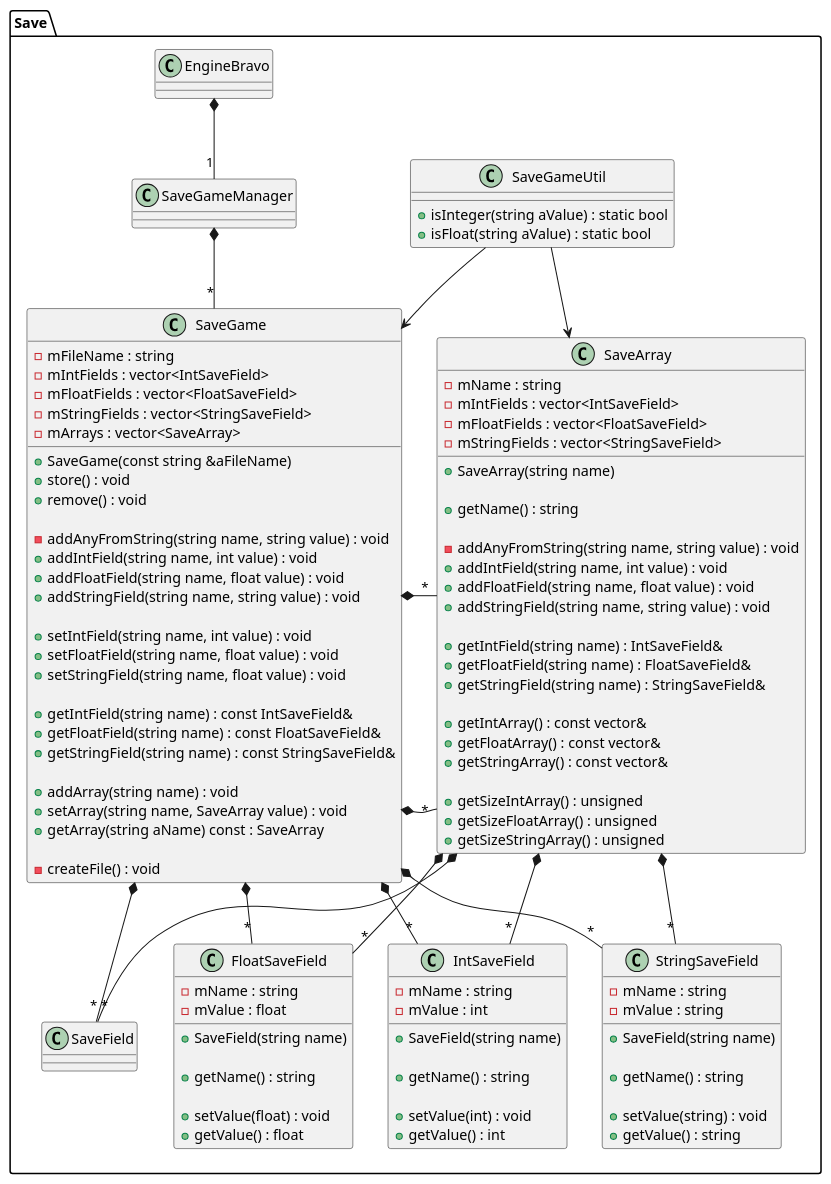
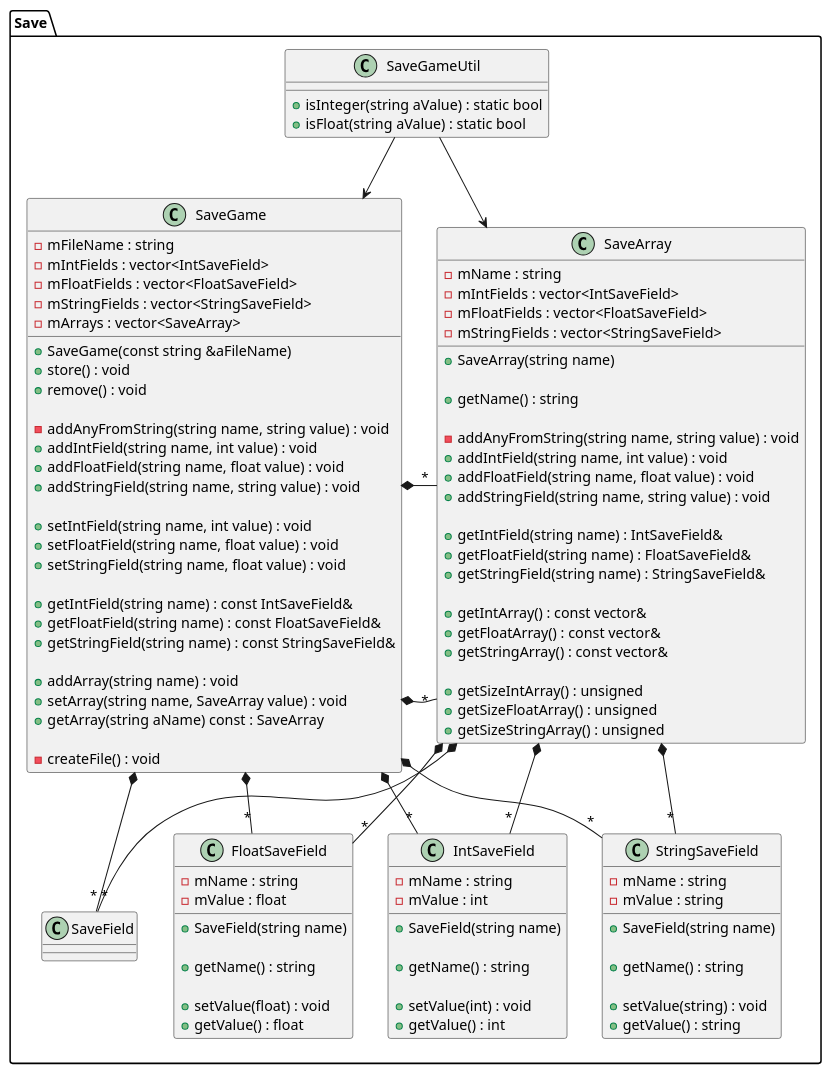
One commit to Seger01/GameEngine changed the diagram in docs/Diagrams/savegamePackage.puml. Above: the diagram before and after it, drawn with PlantUML.

Commit message:
Removed engine bravo and savegame manager from savegame package

```diff
--- a/docs/Diagrams/savegamePackage.puml
+++ b/docs/Diagrams/savegamePackage.puml
@@ -1,127 +1,122 @@
 @startuml savePackageClassDiagram
 
 package Save{
 class SaveGame {
 -mFileName : string
     - mIntFields : vector<IntSaveField>
     - mFloatFields : vector<FloatSaveField>
     - mStringFields : vector<StringSaveField>
     - mArrays : vector<SaveArray>
     + SaveGame(const string &aFileName)
     + store() : void
     + remove() : void
 
     - addAnyFromString(string name, string value) : void
     + addIntField(string name, int value) : void
     + addFloatField(string name, float value) : void
     + addStringField(string name, string value) : void
 
     + setIntField(string name, int value) : void
     + setFloatField(string name, float value) : void
     + setStringField(string name, float value) : void
 
     + getIntField(string name) : const IntSaveField&
     + getFloatField(string name) : const FloatSaveField&
     + getStringField(string name) : const StringSaveField&
 
     + addArray(string name) : void
     + setArray(string name, SaveArray value) : void
     + getArray(string aName) const : SaveArray
 
     - createFile() : void
 }
 
 class SaveArray {
     - mName : string
     - mIntFields : vector<IntSaveField>
     - mFloatFields : vector<FloatSaveField>
     - mStringFields : vector<StringSaveField>
     + SaveArray(string name)
 
     + getName() : string
 
     - addAnyFromString(string name, string value) : void
     + addIntField(string name, int value) : void
     + addFloatField(string name, float value) : void
     + addStringField(string name, string value) : void
 
     + getIntField(string name) : IntSaveField&
     + getFloatField(string name) : FloatSaveField&
     + getStringField(string name) : StringSaveField&
 
     + getIntArray() : const vector&
     + getFloatArray() : const vector&
     + getStringArray() : const vector&
 
     + getSizeIntArray() : unsigned
     + getSizeFloatArray() : unsigned
     + getSizeStringArray() : unsigned
 }
 
 
 
 class SaveGameUtil {
   + isInteger(string aValue) : static bool
   + isFloat(string aValue) : static bool
 }
 
 together {
 class IntSaveField {
   - mName : string
   - mValue : int
 
   + SaveField(string name)
 
   + getName() : string
 
   + setValue(int) : void
   + getValue() : int
 }
 
 class FloatSaveField {
   - mName : string
   - mValue : float
 
   + SaveField(string name)
 
   + getName() : string
 
   + setValue(float) : void
   + getValue() : float
 }
 
 class StringSaveField {
   - mName : string
   - mValue : string
 
   + SaveField(string name)
 
   + getName() : string
 
   + setValue(string) : void
   + getValue() : string
 }
 }
 
 SaveGame *-- "*" SaveField
 SaveGame *-- "*" SaveArray
 SaveArray *-- "*" SaveField
 
-
-EngineBravo *--"1" SaveGameManager
-
-SaveGameManager *--"*" SaveGame
-
 SaveGame <-left- SaveGameUtil
 SaveGame *--"*" SaveArray
 SaveGame -[hidden]> SaveArray
 SaveGame *--"*" IntSaveField
 SaveGame *--"*" FloatSaveField
 SaveGame *--"*" StringSaveField
 
 SaveArray <-up- SaveGameUtil
 SaveArray *--"*" IntSaveField
 SaveArray *--"*" FloatSaveField
 SaveArray *--"*" StringSaveField
 }
 @enduml
```
